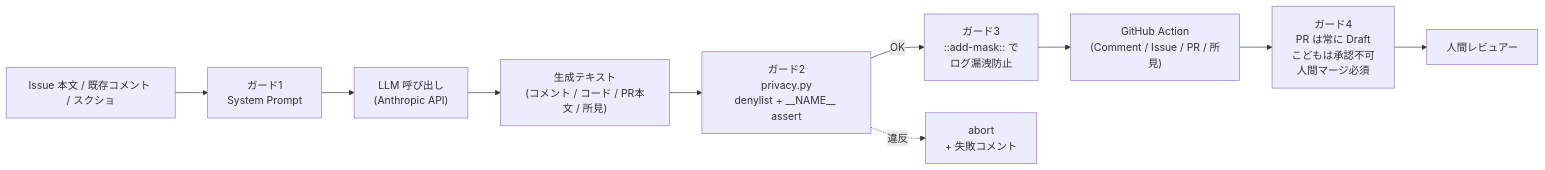
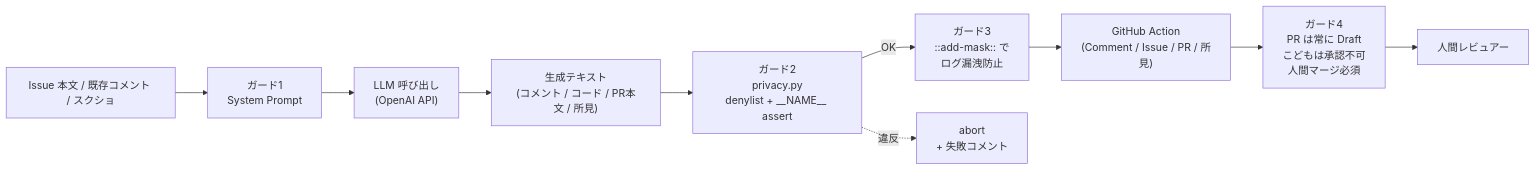
One commit to yk0817/baby-ehon changed diagram 11 of 11 in docs/automation/agent-pipeline.md. Above: the diagram before and after it, drawn with Mermaid. The commit also changed other lines of this file, not shown here.

````diff
--- a/docs/automation/agent-pipeline.md
+++ b/docs/automation/agent-pipeline.md
@@ -921,12 +977,12 @@
 ```mermaid
 flowchart LR
     Input["Issue 本文 / 既存コメント / スクショ"] --> Sys["ガード1<br>System Prompt"]
-    Sys --> LLMCall["LLM 呼び出し<br>(Anthropic API)"]
+    Sys --> LLMCall["LLM 呼び出し<br>(OpenAI API)"]
     LLMCall --> Output["生成テキスト<br>(コメント / コード / PR本文 / 所見)"]
     Output --> Check["ガード2<br>privacy.py<br>denylist + __NAME__ assert"]
     Check -->|OK| Mask["ガード3<br>::add-mask:: で<br>ログ漏洩防止"]
     Check -.->|違反| Stop["abort<br>+ 失敗コメント"]
     Mask --> Action["GitHub Action<br>(Comment / Issue / PR / 所見)"]
     Action --> Draft["ガード4<br>PR は常に Draft<br>こどもは承認不可<br>人間マージ必須"]
     Draft --> Human["人間レビュアー"]
 ```
````
